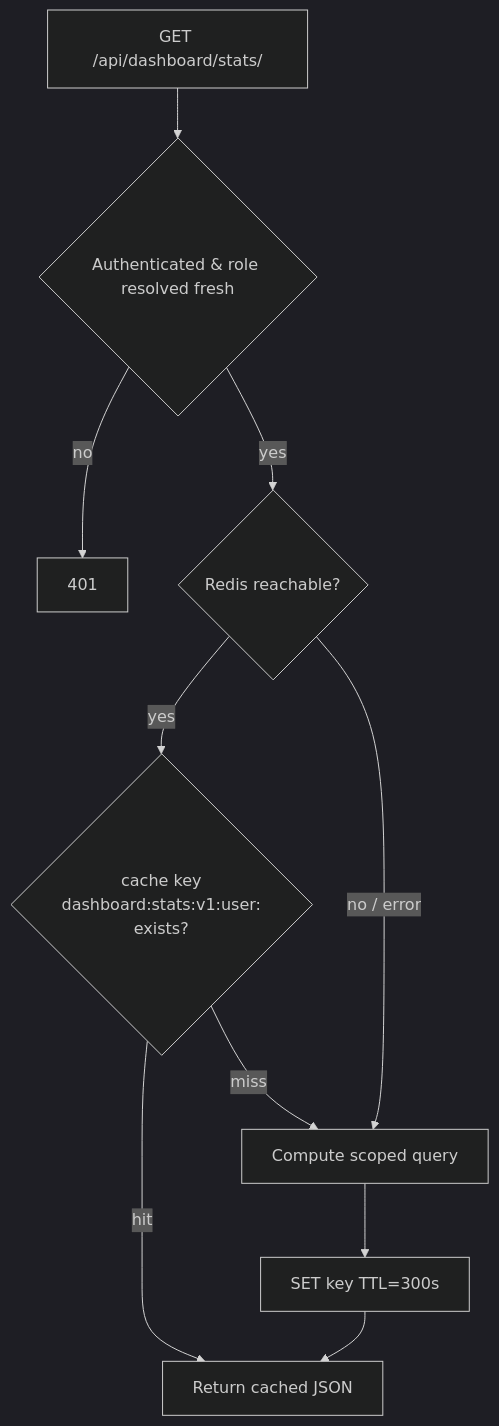
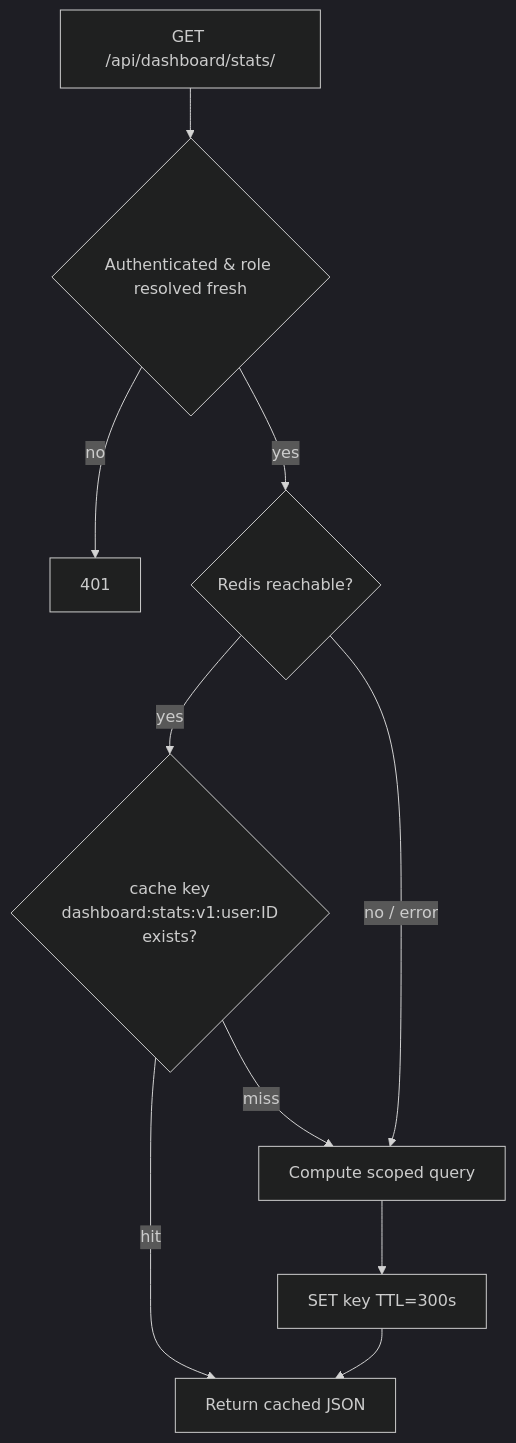
One commit to hasnaintypes/taskhub-app changed the fifth of 5 diagrams in docs/ARCHITECTURE.md. Above: the diagram before and after it, drawn with Mermaid (dark theme). The commit also changed other lines of this file, not shown here.

First line of the commit message:
docs(architecture): fix broken mermaid diagrams

````diff
--- a/docs/ARCHITECTURE.md
+++ b/docs/ARCHITECTURE.md
@@ -138,10 +138,10 @@
 ```mermaid
 flowchart TD
     A[GET /api/dashboard/stats/] --> B{Authenticated & role resolved fresh}
     B -->|no| Z[401]
     B -->|yes| C{Redis reachable?}
-    C -->|yes| D{"cache key\ndashboard:stats:v1:user:<id>\nexists?"}
+    C -->|yes| D{"cache key<br/>dashboard:stats:v1:user:ID<br/>exists?"}
     D -->|hit| E[Return cached JSON]
     D -->|miss| F[Compute scoped query] --> G[SET key TTL=300s] --> E
     C -->|no / error| F
 ```
````
